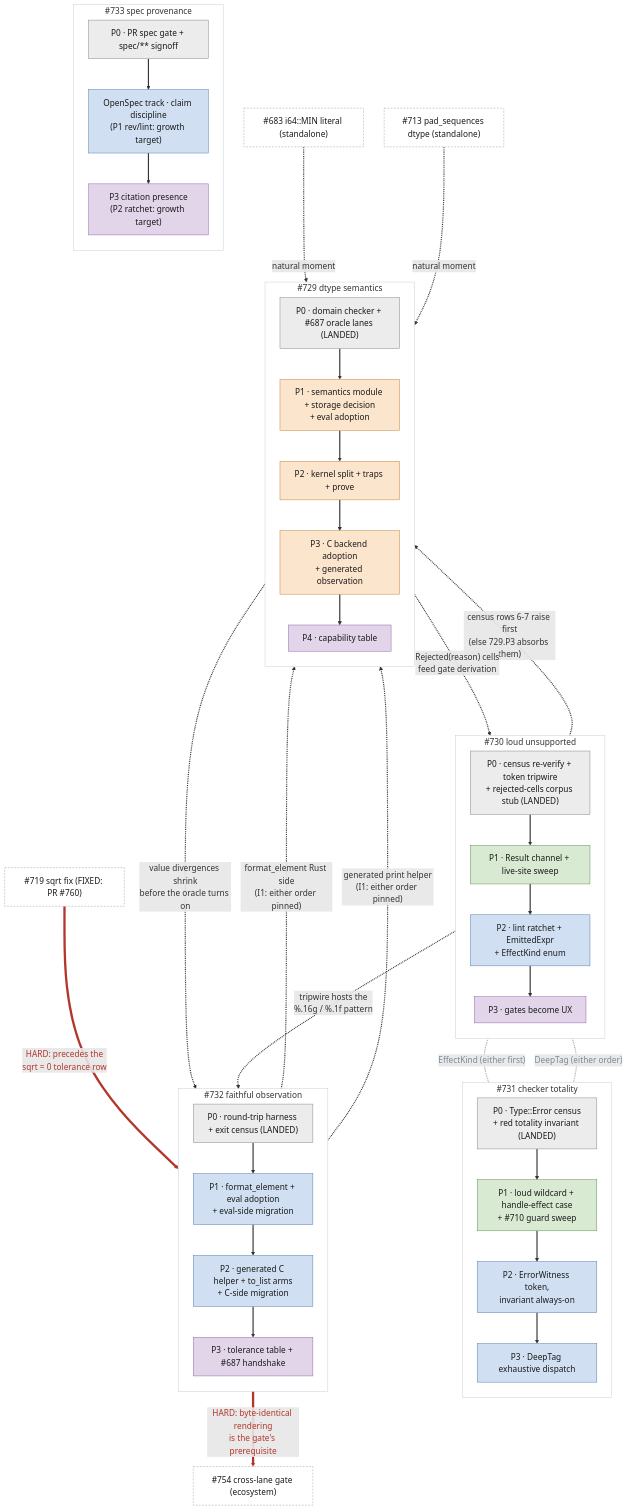
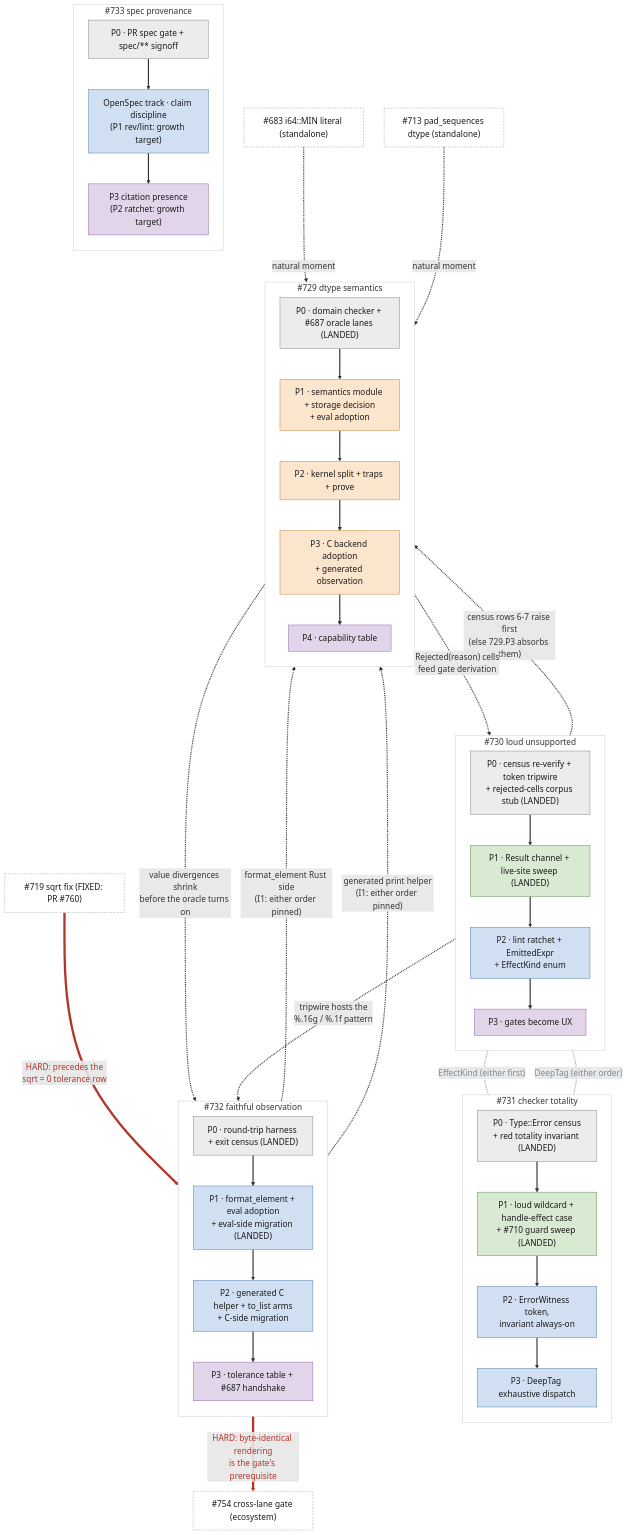
The diagram in spec/design/remediation_roadmap.md (Chelis-Lang/chelis), drawn with Mermaid before and after one commit. The commit also changed other lines of this file, not shown here.

First line of the commit message:
docs(roadmap): Wave 1 complete - three P1 merges, red-team discoveries ledgered, RNG-atom blocker cleared

````diff
--- a/spec/design/remediation_roadmap.md
+++ b/spec/design/remediation_roadmap.md
@@ -110,82 +118,82 @@
 ```mermaid
 %%{init: {"themeVariables": {"fontSize": "18px"}, "flowchart": {"nodeSpacing": 45, "rankSpacing": 42}}}%%
 flowchart TB
   classDef w0 fill:#ececec,stroke:#808080,color:#1a1a1a
   classDef w1 fill:#d9ead3,stroke:#5a8a4a,color:#1a1a1a
   classDef w2 fill:#d0e0f2,stroke:#4a78a8,color:#1a1a1a
   classDef w3 fill:#fce5cd,stroke:#c07f2f,color:#1a1a1a
   classDef w4 fill:#e2d5ea,stroke:#8e5ea8,color:#1a1a1a
   classDef ext fill:#ffffff,stroke:#999999,stroke-dasharray:4 3,color:#1a1a1a
 
   subgraph S733["#733 spec provenance"]
     direction TB
     n733p0["P0 · PR spec gate + spec/** signoff"]:::w0
     n733p1["OpenSpec track · claim discipline<br/>(P1 rev/lint: growth target)"]:::w2
     n733p23["P3 citation presence<br/>(P2 ratchet: growth target)"]:::w4
     n733p0 --> n733p1 --> n733p23
   end
 
   subgraph S730["#730 loud unsupported"]
     direction TB
     n730p0["P0 · census re-verify + token tripwire<br/>+ rejected-cells corpus stub (LANDED)"]:::w0
-    n730p1["P1 · Result channel + live-site sweep"]:::w1
+    n730p1["P1 · Result channel + live-site sweep (LANDED)"]:::w1
     n730p2["P2 · lint ratchet + EmittedExpr<br/>+ EffectKind enum"]:::w2
     n730p3["P3 · gates become UX"]:::w4
     n730p0 --> n730p1 --> n730p2 --> n730p3
   end
 
   subgraph S731["#731 checker totality"]
     direction TB
     n731p0["P0 · Type::Error census<br/>+ red totality invariant (LANDED)"]:::w0
-    n731p1["P1 · loud wildcard + handle-effect case<br/>+ #710 guard sweep"]:::w1
+    n731p1["P1 · loud wildcard + handle-effect case<br/>+ #710 guard sweep (LANDED)"]:::w1
     n731p2["P2 · ErrorWitness token,<br/>invariant always-on"]:::w2
     n731p3["P3 · DeepTag exhaustive dispatch"]:::w2
     n731p0 --> n731p1 --> n731p2 --> n731p3
   end
 
   subgraph S732["#732 faithful observation"]
     direction TB
     n732p0["P0 · round-trip harness + exit census (LANDED)"]:::w0
-    n732p1["P1 · format_element + eval adoption<br/>+ eval-side migration"]:::w2
+    n732p1["P1 · format_element + eval adoption<br/>+ eval-side migration (LANDED)"]:::w2
     n732p2["P2 · generated C helper + to_list arms<br/>+ C-side migration"]:::w2
     n732p3["P3 · tolerance table + #687 handshake"]:::w4
     n732p0 --> n732p1 --> n732p2 --> n732p3
   end
 
   subgraph S729["#729 dtype semantics"]
     direction TB
     n729p0["P0 · domain checker + #687 oracle lanes (LANDED)"]:::w0
     n729p1["P1 · semantics module + storage decision<br/>+ eval adoption"]:::w3
     n729p2["P2 · kernel split + traps + prove"]:::w3
     n729p3["P3 · C backend adoption<br/>+ generated observation"]:::w3
     n729p4["P4 · capability table"]:::w4
     n729p0 --> n729p1 --> n729p2 --> n729p3 --> n729p4
   end
 
   n719["#719 sqrt fix (FIXED: PR #760)"]:::ext
   n683["#683 i64::MIN literal (standalone)"]:::ext
   n713["#713 pad_sequences dtype (standalone)"]:::ext
   n754["#754 cross-lane gate (ecosystem)"]:::ext
 
   n730p0 -.->|"tripwire hosts the<br/>%.16g / %.1f pattern"| n732p0
   n730p2 -.-|"EffectKind (either first)"| n731p1
   n731p3 -.-|"DeepTag (either order)"| n730p2
   n730p1 -.->|"census rows 6-7 raise first<br/>(else 729.P3 absorbs them)"| n729p3
   n732p1 -.->|"format_element Rust side<br/>(I1: either order pinned)"| n729p1
   n732p2 -.->|"generated print helper<br/>(I1: either order pinned)"| n729p3
   n729p3 -.->|"value divergences shrink<br/>before the oracle turns on"| n732p3
   n729p4 -.->|"Rejected(reason) cells<br/>feed gate derivation"| n730p3
   n719 ==>|"HARD: precedes the<br/>sqrt = 0 tolerance row"| n732p3
   n683 -.->|"natural moment"| n729p2
   n713 -.->|"natural moment"| n729p3
   n732p2 ==>|"HARD: byte-identical rendering<br/>is the gate's prerequisite"| n754
 
   style S733 fill:#FFFFFF,stroke:#C3CCD3
   style S730 fill:#FFFFFF,stroke:#C3CCD3
   style S731 fill:#FFFFFF,stroke:#C3CCD3
   style S732 fill:#FFFFFF,stroke:#C3CCD3
   style S729 fill:#FFFFFF,stroke:#C3CCD3
   linkStyle default stroke-width:2.5px
   linkStyle 16,17 stroke:#9AA7B0,color:#7A8894,stroke-width:2.5px
   linkStyle 23,26 stroke:#B3362B,stroke-width:5px,color:#B3362B
 ```
````
